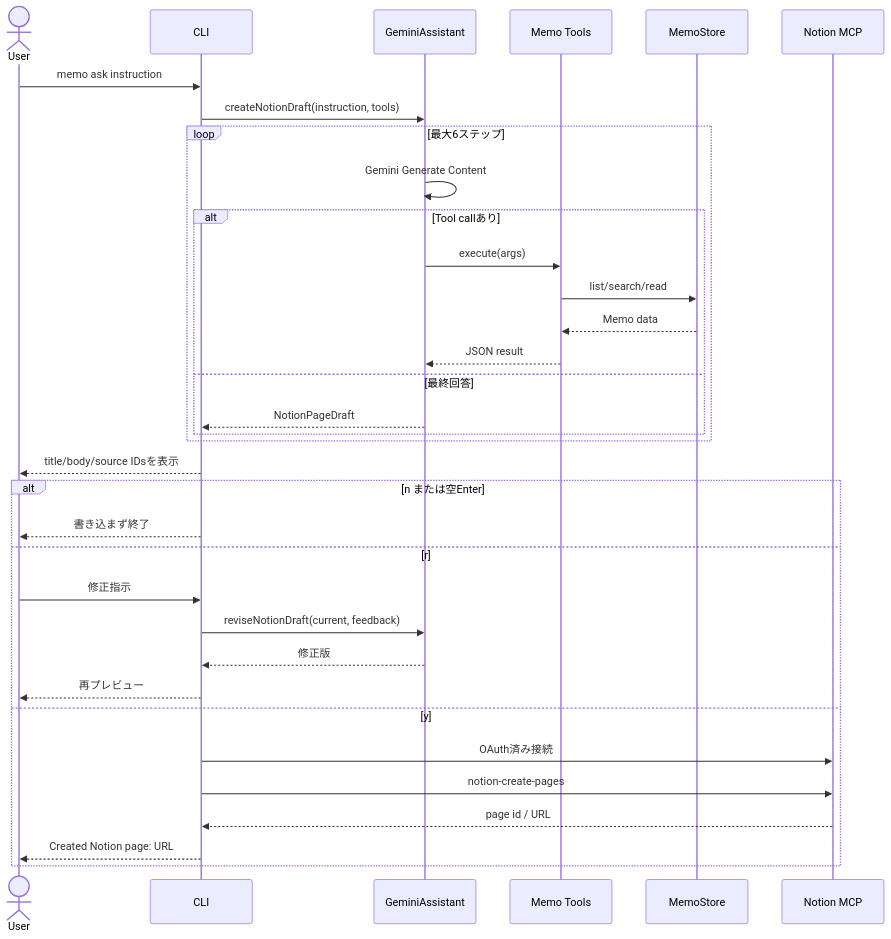
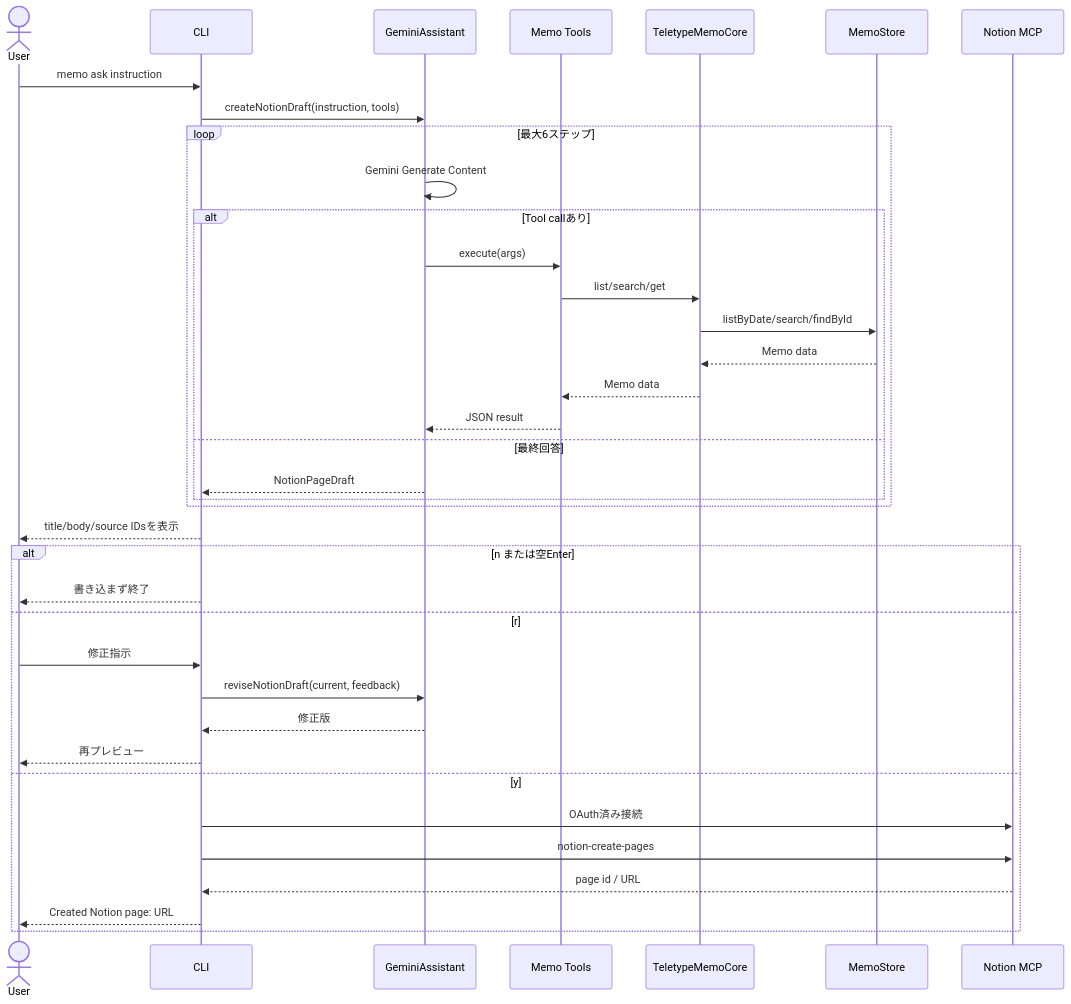
The third of 4 diagrams in docs/DETAILED_DESIGN.md (hk206/terminal-ai-memo), drawn with Mermaid before and after one commit. The commit also changed other lines of this file and 10 other files, not shown here.

Commit message:
refactor: extract local memo core

````diff
--- a/docs/DETAILED_DESIGN.md
+++ b/docs/DETAILED_DESIGN.md
@@ -223,37 +233,40 @@
 ```mermaid
 sequenceDiagram
     actor U as User
     participant C as CLI
     participant G as GeminiAssistant
     participant T as Memo Tools
+    participant Core as TeletypeMemoCore
     participant S as MemoStore
     participant M as Notion MCP
 
     U->>C: memo ask instruction
     C->>G: createNotionDraft(instruction, tools)
     loop 最大6ステップ
         G->>G: Gemini Generate Content
         alt Tool callあり
             G->>T: execute(args)
-            T->>S: list/search/read
-            S-->>T: Memo data
+            T->>Core: list/search/get
+            Core->>S: listByDate/search/findById
+            S-->>Core: Memo data
+            Core-->>T: Memo data
             T-->>G: JSON result
         else 最終回答
             G-->>C: NotionPageDraft
         end
     end
     C-->>U: title/body/source IDsを表示
     alt n または空Enter
         C-->>U: 書き込まず終了
     else r
         U->>C: 修正指示
         C->>G: reviseNotionDraft(current, feedback)
         G-->>C: 修正版
         C-->>U: 再プレビュー
     else y
         C->>M: OAuth済み接続
         C->>M: notion-create-pages
         M-->>C: page id / URL
         C-->>U: Created Notion page: URL
     end
 ```
````
